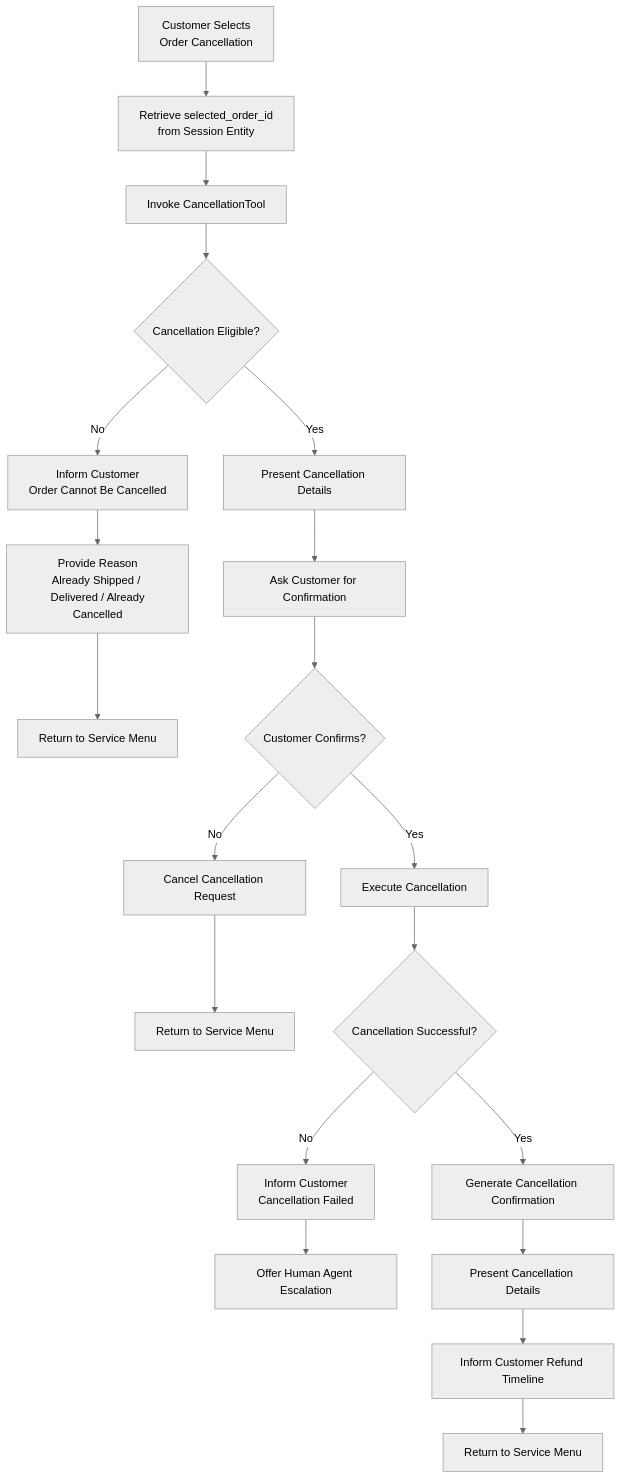
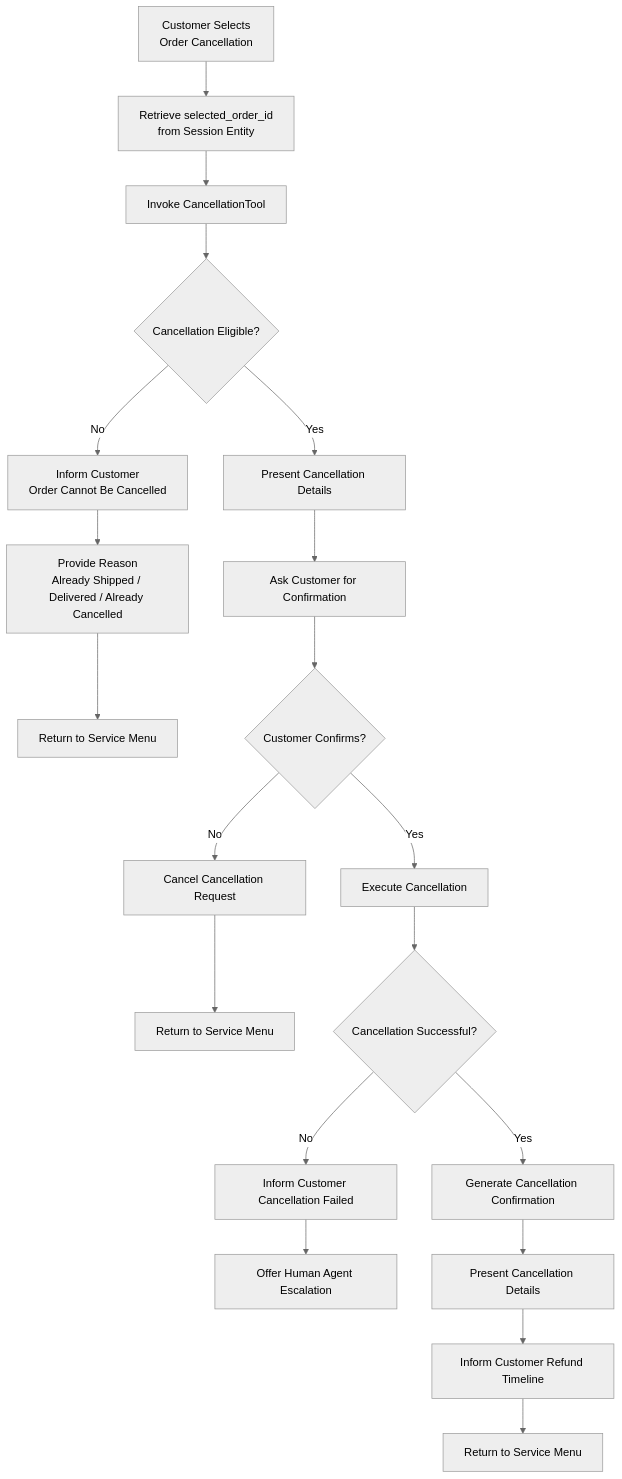
Before and after one commit to anshikasaini12/retail-cx-voice-agent-gcp: the diagram in diagrams/cancellation_flow.mmd, drawn with Mermaid (neutral theme).

```diff
--- a/diagrams/cancellation_flow.mmd
+++ b/diagrams/cancellation_flow.mmd
@@ -1,41 +1,42 @@
+%%{init: {'flowchart': {'useMaxWidth': true}} }%%
 flowchart TD
 
 A[Customer Selects<br/>Order Cancellation]
 
 --> B[Retrieve selected_order_id<br/>from Session Entity]
 
 --> C[Invoke CancellationTool]
 
 --> D{Cancellation Eligible?}
 
 D -- No --> E[Inform Customer <br/>Order Cannot Be Cancelled]
 
-E --> F[Provide Reason<br/>Already Shipped / <br/> Delivered / Already Cancelled]
+E --> F[Provide Reason<br/>Already Shipped / Delivered / Already Cancelled]
 
 F --> G[Return to Service Menu]
 
 D -- Yes --> H[Present Cancellation Details]
 
 H --> I[Ask Customer for Confirmation]
 
 I --> J{Customer Confirms?}
 
 J -- No --> K[Cancel Cancellation Request]
 
 K --> L[Return to Service Menu]
 
 J -- Yes --> M[Execute Cancellation]
 
 M --> N{Cancellation Successful?}
 
-N -- No --> O[Inform Customer <br/> Cancellation Failed]
+N -- No --> O[Inform Customer Cancellation Failed]
 
 O --> P[Offer Human Agent Escalation]
 
 N -- Yes --> Q[Generate Cancellation Confirmation]
 
 Q --> R[Present Cancellation Details]
 
 R --> S[Inform Customer Refund Timeline]
 
 S --> T[Return to Service Menu]
```
